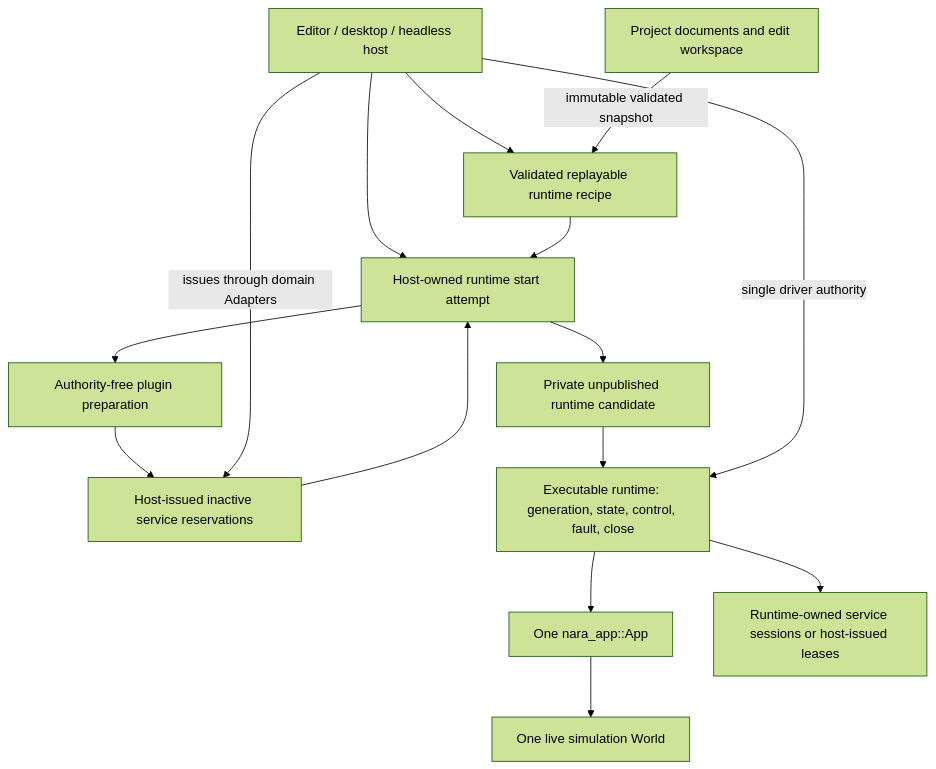
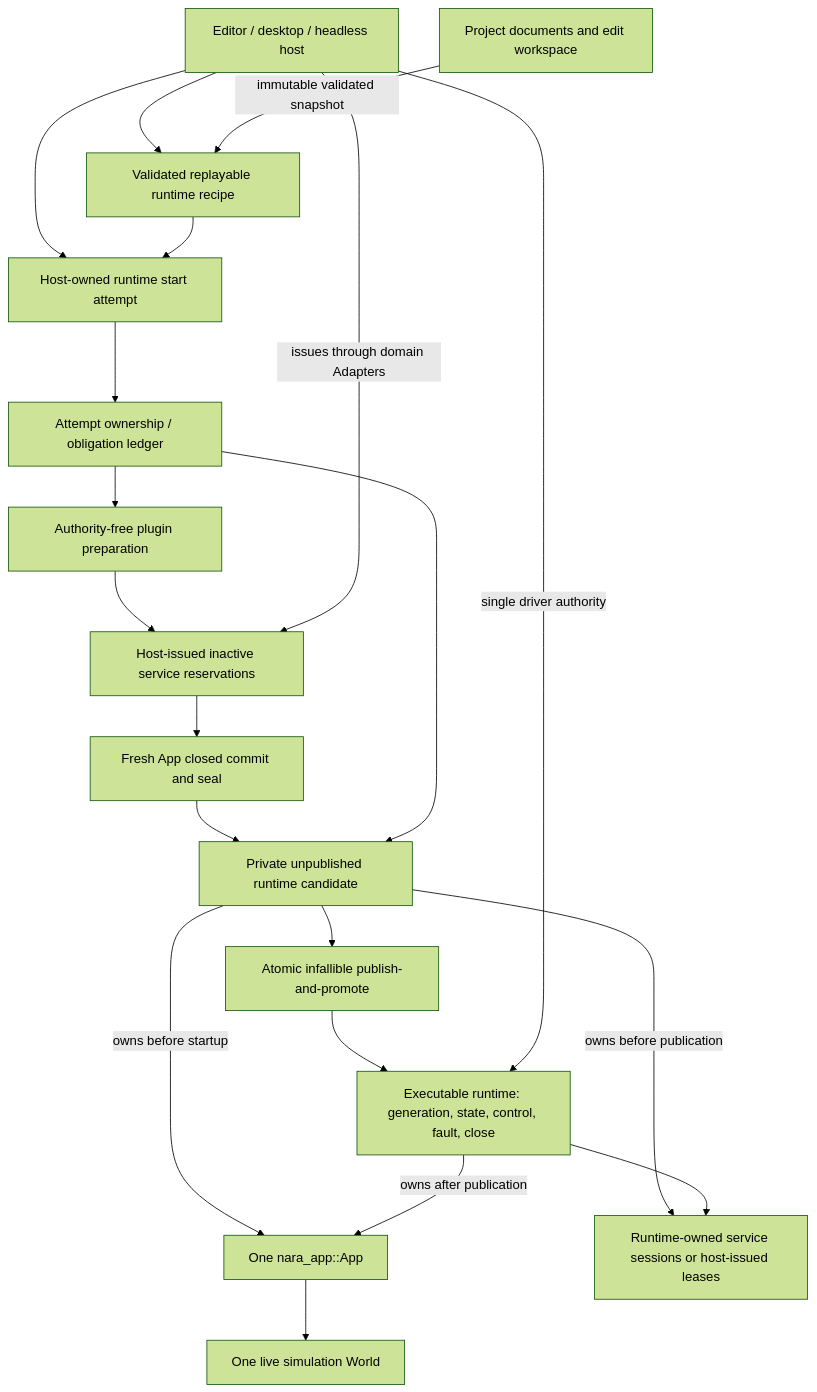
The first of 3 diagrams in docs/architecture/adr/0084-executable-runtime-ownership-and-isolation.md (Latias94/nara), drawn with Mermaid (forest theme) before and after one commit. The commit also changed other lines of this file and 5 other files, not shown here.

First line of the commit message:
docs(architecture): refocus runtime host roadmap

````diff
--- a/docs/architecture/adr/0084-executable-runtime-ownership-and-isolation.md
+++ b/docs/architecture/adr/0084-executable-runtime-ownership-and-isolation.md
@@ -43,29 +44,37 @@
 ```mermaid
 flowchart TD
     Host[Editor / desktop / headless host]
     Recipe[Validated replayable runtime recipe]
     Start[Host-owned runtime start attempt]
+    Ledger[Attempt ownership / obligation ledger]
     Prepare[Authority-free plugin preparation]
     Reservations[Host-issued inactive service reservations]
+    Commit[Fresh App closed commit and seal]
     Candidate[Private unpublished runtime candidate]
+    Publish[Atomic infallible publish-and-promote]
     Runtime[Executable runtime: generation, state, control, fault, close]
     App[One nara_app::App]
     World[One live simulation World]
     Sessions[Runtime-owned service sessions or host-issued leases]
     Docs[Project documents and edit workspace]
 
     Host --> Recipe
     Host --> Start
     Recipe --> Start
-    Start --> Prepare
+    Start --> Ledger
+    Ledger --> Prepare
     Prepare --> Reservations
     Host -->|issues through domain Adapters| Reservations
-    Reservations --> Start
-    Start --> Candidate
-    Candidate --> Runtime
-    Runtime --> App
+    Reservations --> Commit
+    Commit --> Candidate
+    Ledger --> Candidate
+    Candidate -->|owns before startup| App
+    Candidate --> Publish
+    Publish --> Runtime
+    Candidate -->|owns before publication| Sessions
+    Runtime -->|owns after publication| App
     App --> World
     Runtime --> Sessions
     Host -->|single driver authority| Runtime
     Docs -->|immutable validated snapshot| Recipe
 ```
````
